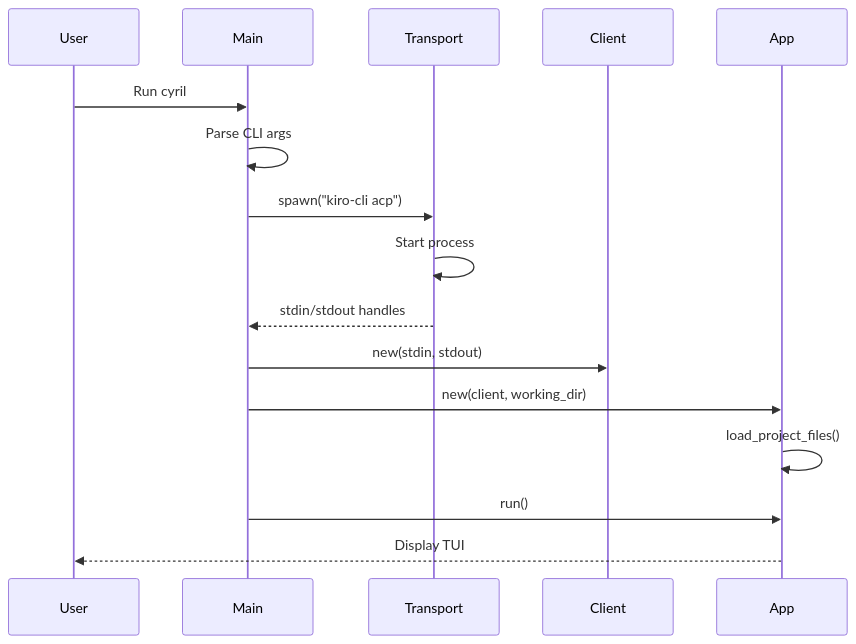
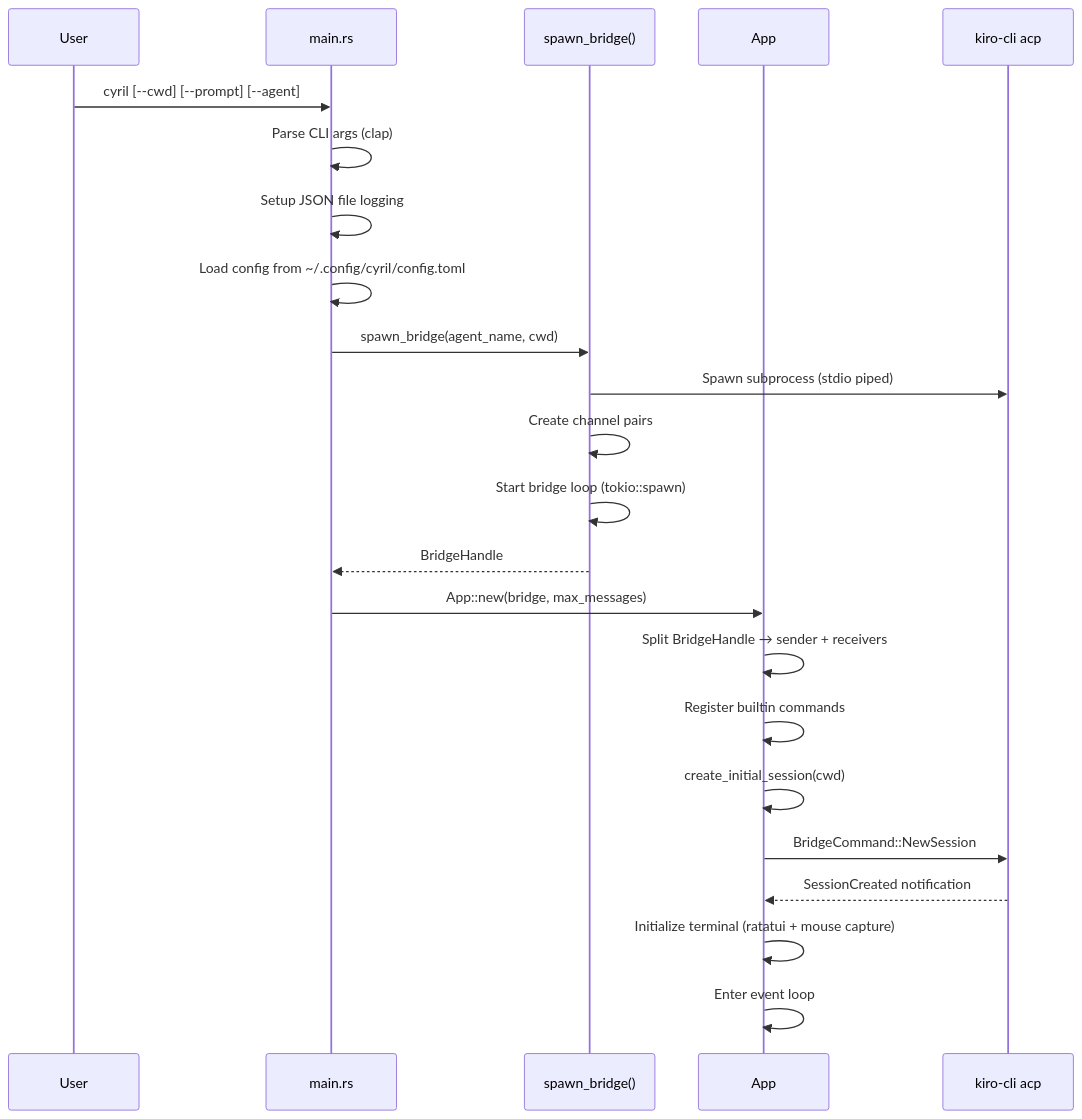
One commit to dwalleck/cyril changed the first of 9 diagrams in .agents/summary/workflows.md. Above: the diagram before and after it, drawn with Mermaid. The commit also changed other lines of this file and 9 other files, not shown here.

````diff
--- a/.agents/summary/workflows.md
+++ b/.agents/summary/workflows.md
@@ -11,19 +7,26 @@
 ```mermaid
 sequenceDiagram
     participant User
-    participant Main
-    participant Transport
-    participant Client
+    participant Main as main.rs
+    participant Bridge as spawn_bridge()
     participant App
-    
-    User->>Main: Run cyril
-    Main->>Main: Parse CLI args
-    Main->>Transport: spawn("kiro-cli acp")
-    Transport->>Transport: Start process
-    Transport-->>Main: stdin/stdout handles
-    Main->>Client: new(stdin, stdout)
-    Main->>App: new(client, working_dir)
-    App->>App: load_project_files()
-    Main->>App: run()
-    App-->>User: Display TUI
+    participant Agent as kiro-cli acp
+
+    User->>Main: cyril [--cwd] [--prompt] [--agent]
+    Main->>Main: Parse CLI args (clap)
+    Main->>Main: Setup JSON file logging
+    Main->>Main: Load config from ~/.config/cyril/config.toml
+    Main->>Bridge: spawn_bridge(agent_name, cwd)
+    Bridge->>Agent: Spawn subprocess (stdio piped)
+    Bridge->>Bridge: Create channel pairs
+    Bridge->>Bridge: Start bridge loop (tokio::spawn)
+    Bridge-->>Main: BridgeHandle
+    Main->>App: App::new(bridge, max_messages)
+    App->>App: Split BridgeHandle → sender + receivers
+    App->>App: Register builtin commands
+    App->>App: create_initial_session(cwd)
+    App->>Agent: BridgeCommand::NewSession
+    Agent-->>App: SessionCreated notification
+    App->>App: Initialize terminal (ratatui + mouse capture)
+    App->>App: Enter event loop
 ```
````
